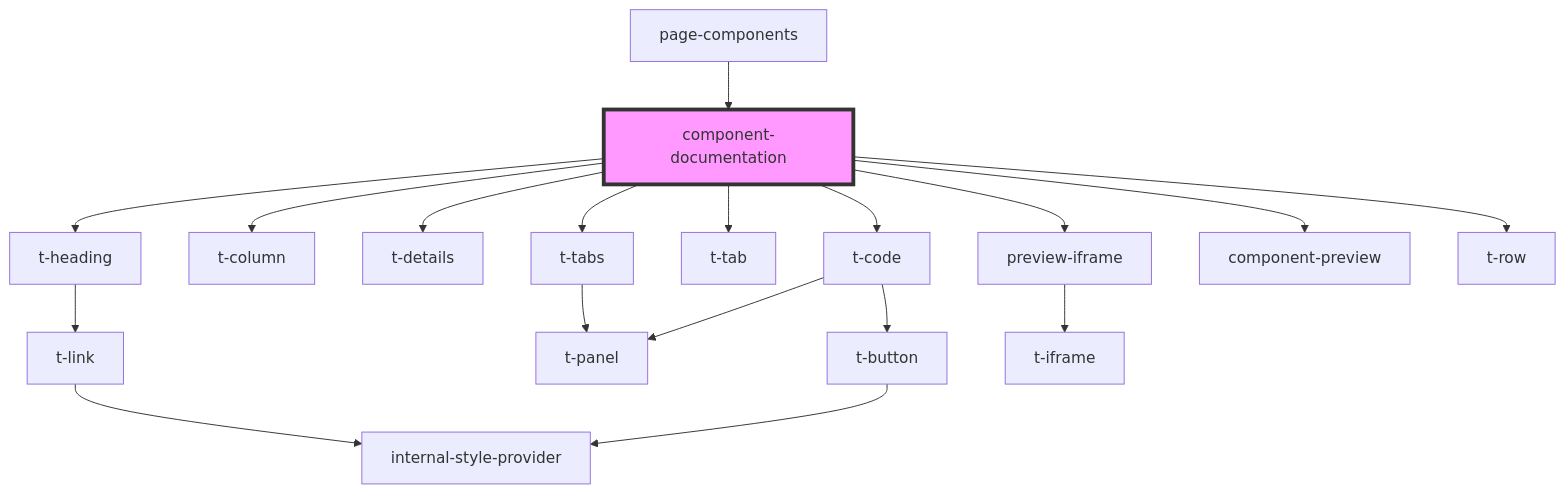
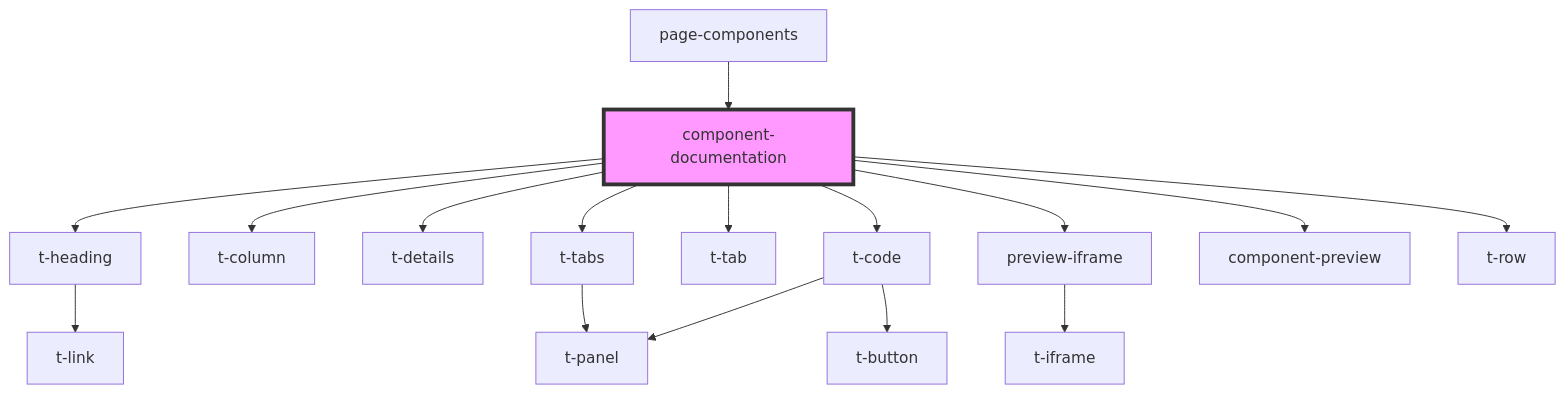
One commit to TomasEng/web-components changed the diagram in packages/t-web-components/src/preview-app/component-documentation/readme.md. Above: the diagram before and after it, drawn with Mermaid. The commit also changed 63 other files, not shown here.

````diff
--- a/packages/t-web-components/src/preview-app/component-documentation/readme.md
+++ b/packages/t-web-components/src/preview-app/component-documentation/readme.md
@@ -36,21 +36,19 @@
 ```mermaid
 graph TD;
   component-documentation --> t-heading
   component-documentation --> t-column
   component-documentation --> t-details
   component-documentation --> t-tabs
   component-documentation --> t-tab
   component-documentation --> t-code
   component-documentation --> preview-iframe
   component-documentation --> component-preview
   component-documentation --> t-row
   t-heading --> t-link
-  t-link --> internal-style-provider
   t-tabs --> t-panel
   t-code --> t-panel
   t-code --> t-button
-  t-button --> internal-style-provider
   preview-iframe --> t-iframe
   page-components --> component-documentation
   style component-documentation fill:#f9f,stroke:#333,stroke-width:4px
 ```
````
